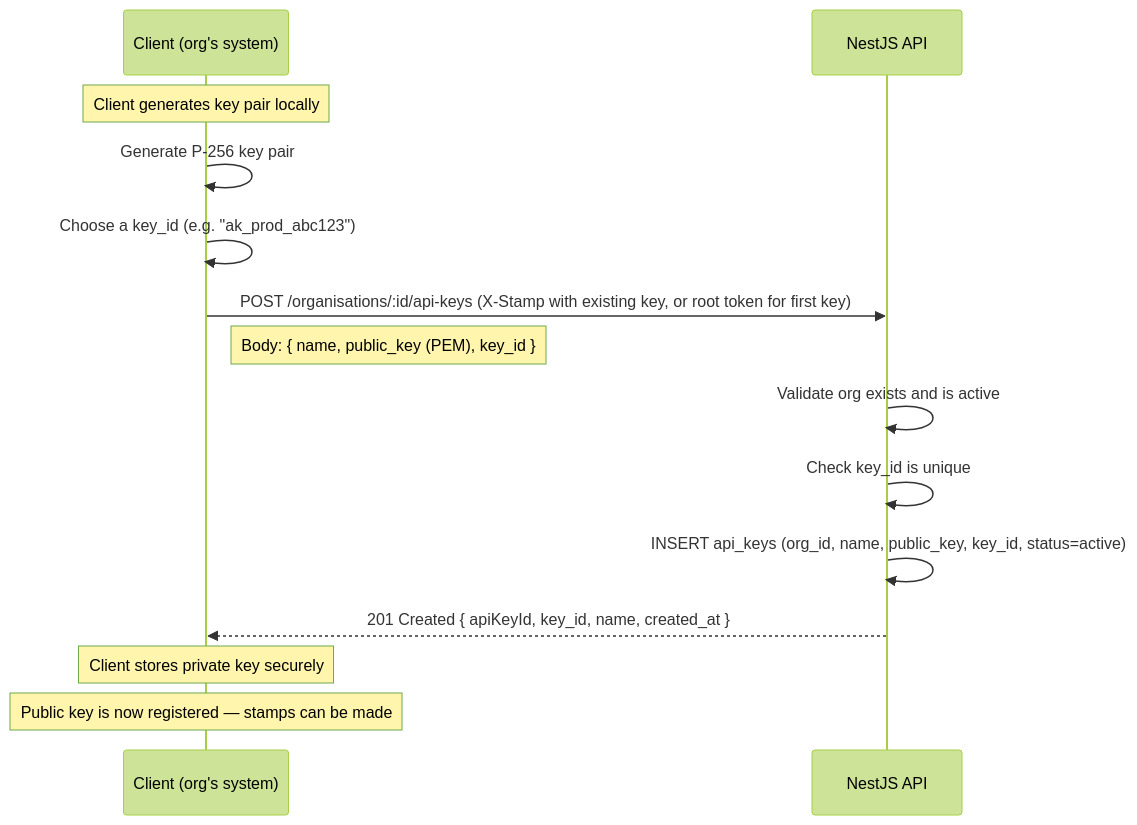
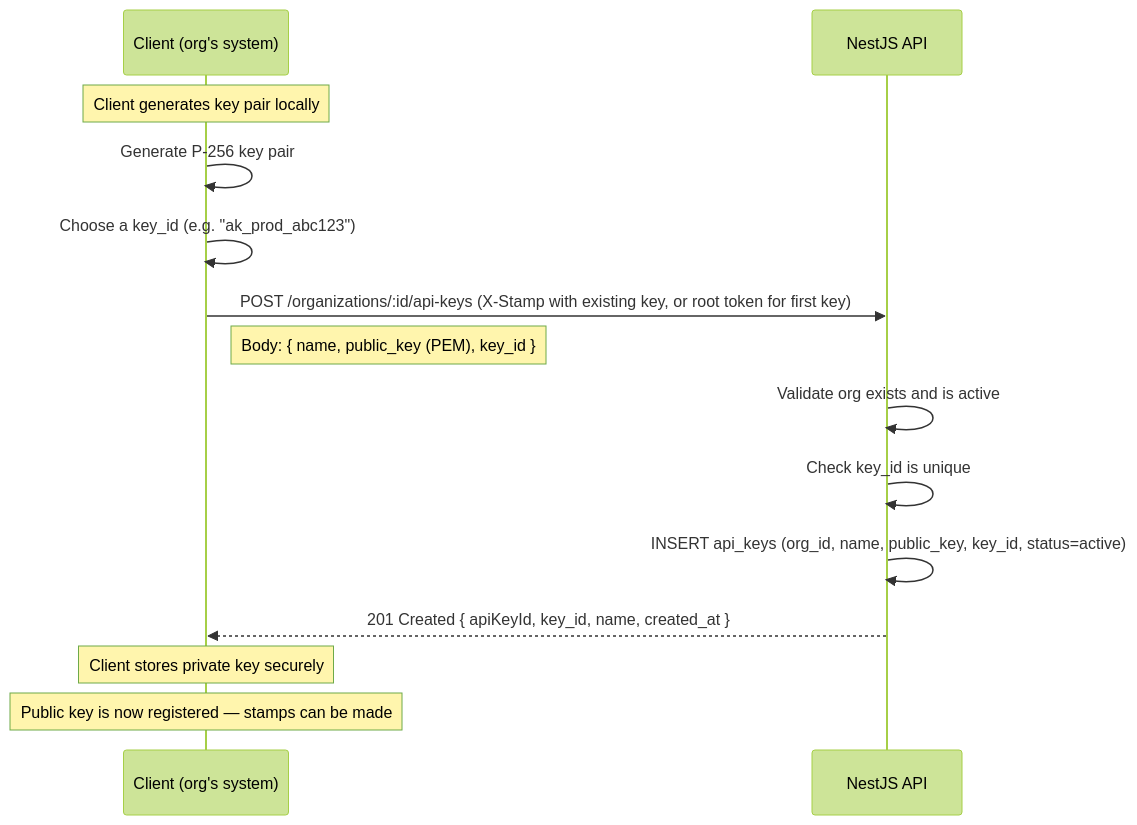
One commit to sg-milad/BrokeTurnkey changed the first of 4 diagrams in docs/STAMP_AUTH.md. Above: the diagram before and after it, drawn with Mermaid (forest theme). The commit also changed other lines of this file and 38 other files, not shown here.

````diff
--- a/docs/STAMP_AUTH.md
+++ b/docs/STAMP_AUTH.md
@@ -170,20 +174,20 @@
 ```mermaid
 sequenceDiagram
     participant Client as Client (org's system)
     participant API as NestJS API
 
     note over Client: Client generates key pair locally
     Client->>Client: Generate P-256 key pair
     Client->>Client: Choose a key_id (e.g. "ak_prod_abc123")
 
-    Client->>API: POST /organisations/:id/api-keys (X-Stamp with existing key, or root token for first key)
+    Client->>API: POST /organizations/:id/api-keys (X-Stamp with existing key, or root token for first key)
     note right of Client: Body: { name, public_key (PEM), key_id }
 
     API->>API: Validate org exists and is active
     API->>API: Check key_id is unique
     API->>API: INSERT api_keys (org_id, name, public_key, key_id, status=active)
     API-->>Client: 201 Created { apiKeyId, key_id, name, created_at }
 
     note over Client: Client stores private key securely
     note over Client: Public key is now registered — stamps can be made
 ```
````
